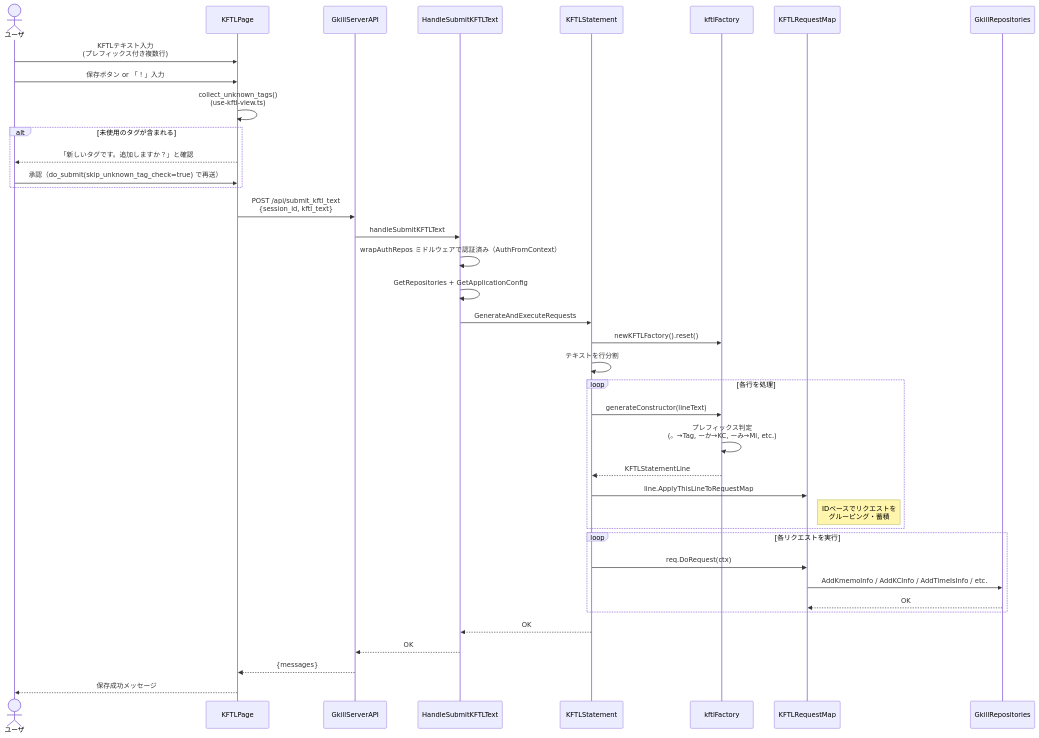
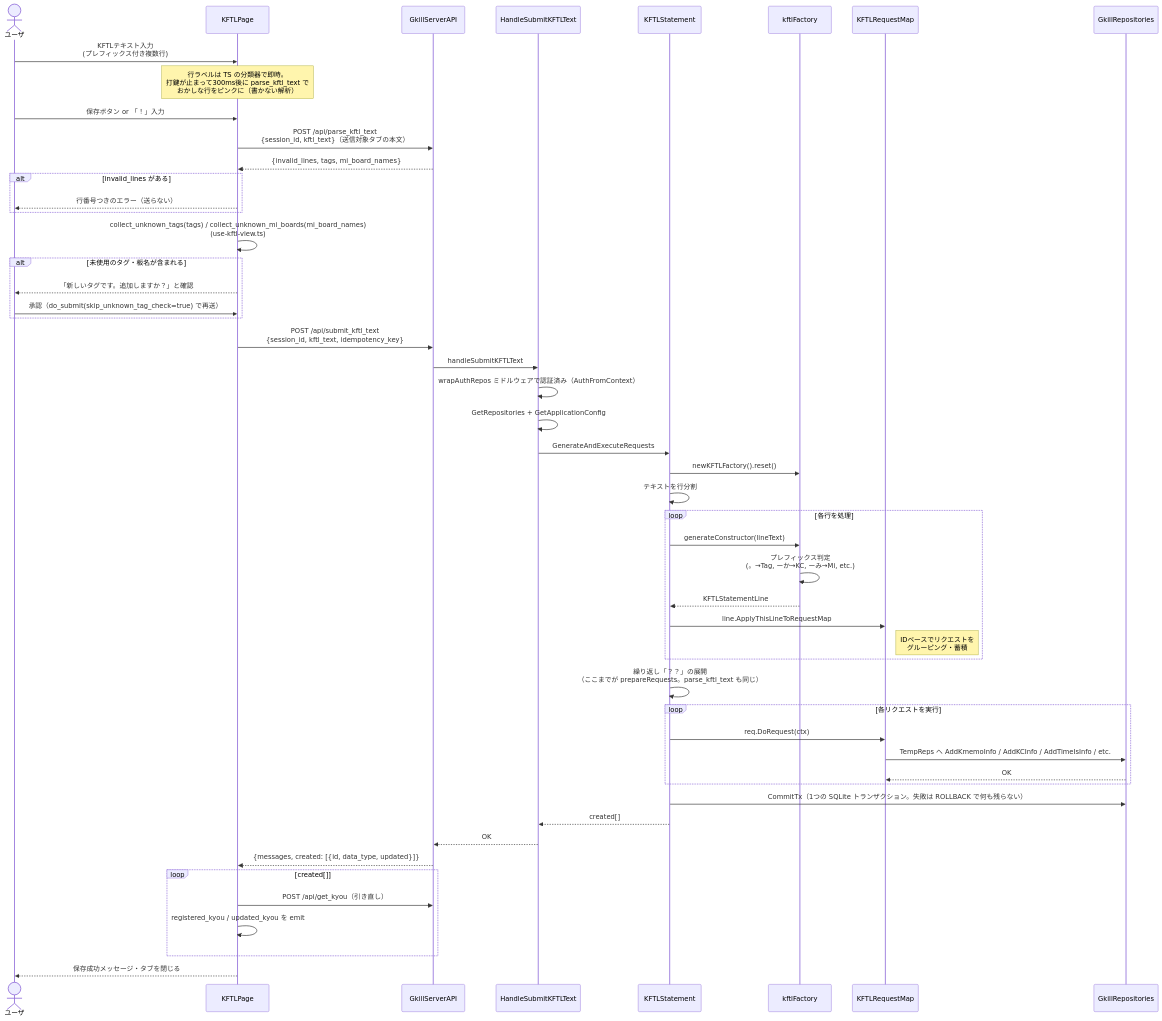
The eighth of 29 diagrams in documents/reverse/sequence-diagrams.md (mt3hr/gkill), drawn with Mermaid before and after one commit. The commit also changed other lines of this file and 151 other files, not shown here.

````diff
--- a/documents/reverse/sequence-diagrams.md
+++ b/documents/reverse/sequence-diagrams.md
@@ -291,42 +291,54 @@
 ```mermaid
 sequenceDiagram
     actor User as ユーザ
     participant UI as KFTLPage
     participant API as GkillServerAPI
     participant Handler as HandleSubmitKFTLText
     participant Stmt as KFTLStatement
     participant Factory as kftlFactory
     participant ReqMap as KFTLRequestMap
     participant Repos as GkillRepositories
 
     User->>UI: KFTLテキスト入力<br>(プレフィックス付き複数行)
+    Note over UI: 行ラベルは TS の分類器で即時。<br>打鍵が止まって300ms後に parse_kftl_text で<br>おかしな行をピンクに（書かない解析）
     User->>UI: 保存ボタン or 「！」入力
-    UI->>UI: collect_unknown_tags()<br>(use-kftl-view.ts)
-    alt 未使用のタグが含まれる
+    UI->>API: POST /api/parse_kftl_text<br>{session_id, kftl_text}（送信対象タブの本文）
+    API-->>UI: {invalid_lines, tags, mi_board_names}
+    alt invalid_lines がある
+        UI-->>User: 行番号つきのエラー（送らない）
+    end
+    UI->>UI: collect_unknown_tags(tags) / collect_unknown_mi_boards(mi_board_names)<br>(use-kftl-view.ts)
+    alt 未使用のタグ・板名が含まれる
         UI-->>User: 「新しいタグです。追加しますか？」と確認
         User->>UI: 承認（do_submit(skip_unknown_tag_check=true) で再送）
     end
-    UI->>API: POST /api/submit_kftl_text<br>{session_id, kftl_text}
+    UI->>API: POST /api/submit_kftl_text<br>{session_id, kftl_text, idempotency_key}
     API->>Handler: handleSubmitKFTLText
     Handler->>Handler: wrapAuthRepos ミドルウェアで認証済み（AuthFromContext）
     Handler->>Handler: GetRepositories + GetApplicationConfig
     Handler->>Stmt: GenerateAndExecuteRequests
     Stmt->>Factory: newKFTLFactory().reset()
     Stmt->>Stmt: テキストを行分割
     loop 各行を処理
         Stmt->>Factory: generateConstructor(lineText)
         Factory->>Factory: プレフィックス判定<br>(。→Tag, ーか→KC, ーみ→Mi, etc.)
         Factory-->>Stmt: KFTLStatementLine
         Stmt->>ReqMap: line.ApplyThisLineToRequestMap
         Note right of ReqMap: IDベースでリクエストを<br>グルーピング・蓄積
     end
+    Stmt->>Stmt: 繰り返し「？？」の展開<br>（ここまでが prepareRequests。parse_kftl_text も同じ）
     loop 各リクエストを実行
         Stmt->>ReqMap: req.DoRequest(ctx)
-        ReqMap->>Repos: AddKmemoInfo / AddKCInfo / AddTimeIsInfo / etc.
+        ReqMap->>Repos: TempReps へ AddKmemoInfo / AddKCInfo / AddTimeIsInfo / etc.
         Repos-->>ReqMap: OK
     end
-    Stmt-->>Handler: OK
+    Stmt->>Repos: CommitTx（1つの SQLite トランザクション。失敗は ROLLBACK で何も残らない）
+    Stmt-->>Handler: created[]
     Handler-->>API: OK
-    API-->>UI: {messages}
-    UI-->>User: 保存成功メッセージ
+    API-->>UI: {messages, created: [{id, data_type, updated}]}
+    loop created[]
+        UI->>API: POST /api/get_kyou（引き直し）
+        UI->>UI: registered_kyou / updated_kyou を emit
+    end
+    UI-->>User: 保存成功メッセージ・タブを閉じる
 ```
````
